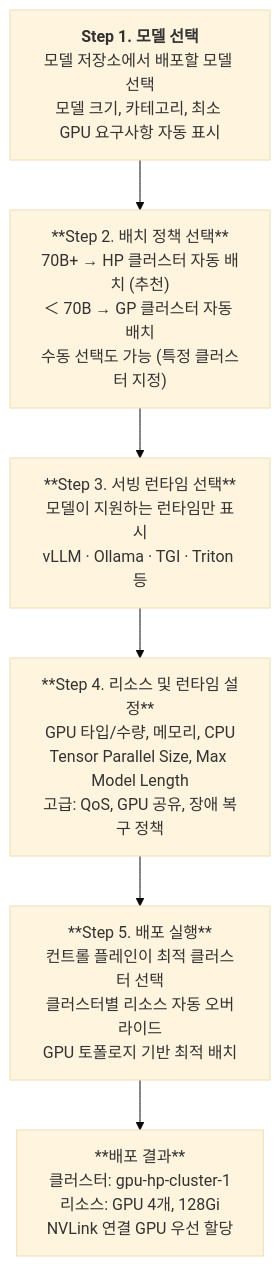
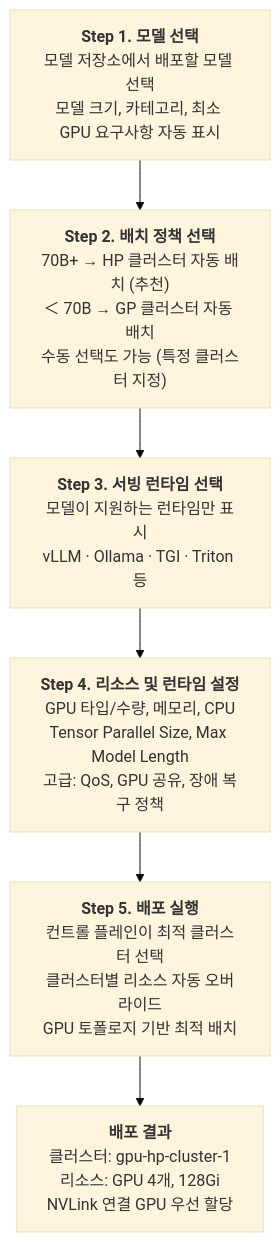
One commit to parameterfreak/parameterfreak.github.io changed the first of 2 diagrams in _portfolio/H-MAS.md. Above: the diagram before and after it, drawn with Mermaid (base theme).

Commit message:
Replace markdown bold with HTML bold tags in mermaid flowchart

````diff
--- a/_portfolio/H-MAS.md
+++ b/_portfolio/H-MAS.md
@@ -128,11 +128,11 @@
 ```mermaid
 flowchart TD
     S1["<b>Step 1. 모델 선택</b><br/>모델 저장소에서 배포할 모델 선택<br/>모델 크기, 카테고리, 최소 GPU 요구사항 자동 표시"]
-    S2["**Step 2. 배치 정책 선택**<br/>70B+ → HP 클러스터 자동 배치 (추천)<br/>＜ 70B → GP 클러스터 자동 배치<br/>수동 선택도 가능 (특정 클러스터 지정)"]
-    S3["**Step 3. 서빙 런타임 선택**<br/>모델이 지원하는 런타임만 표시<br/>vLLM · Ollama · TGI · Triton 등"]
-    S4["**Step 4. 리소스 및 런타임 설정**<br/>GPU 타입/수량, 메모리, CPU<br/>Tensor Parallel Size, Max Model Length<br/>고급: QoS, GPU 공유, 장애 복구 정책"]
-    S5["**Step 5. 배포 실행**<br/>컨트롤 플레인이 최적 클러스터 선택<br/>클러스터별 리소스 자동 오버라이드<br/>GPU 토폴로지 기반 최적 배치"]
-    R["**배포 결과**<br/>클러스터: gpu-hp-cluster-1<br/>리소스: GPU 4개, 128Gi<br/>NVLink 연결 GPU 우선 할당"]
+    S2["<b>Step 2. 배치 정책 선택</b><br/>70B+ → HP 클러스터 자동 배치 (추천)<br/>＜ 70B → GP 클러스터 자동 배치<br/>수동 선택도 가능 (특정 클러스터 지정)"]
+    S3["<b>Step 3. 서빙 런타임 선택</b><br/>모델이 지원하는 런타임만 표시<br/>vLLM · Ollama · TGI · Triton 등"]
+    S4["<b>Step 4. 리소스 및 런타임 설정</b><br/>GPU 타입/수량, 메모리, CPU<br/>Tensor Parallel Size, Max Model Length<br/>고급: QoS, GPU 공유, 장애 복구 정책"]
+    S5["<b>Step 5. 배포 실행</b><br/>컨트롤 플레인이 최적 클러스터 선택<br/>클러스터별 리소스 자동 오버라이드<br/>GPU 토폴로지 기반 최적 배치"]
+    R["<b>배포 결과</b><br/>클러스터: gpu-hp-cluster-1<br/>리소스: GPU 4개, 128Gi<br/>NVLink 연결 GPU 우선 할당"]
 
     S1 --> S2 --> S3 --> S4 --> S5 --> R
 ```
````
